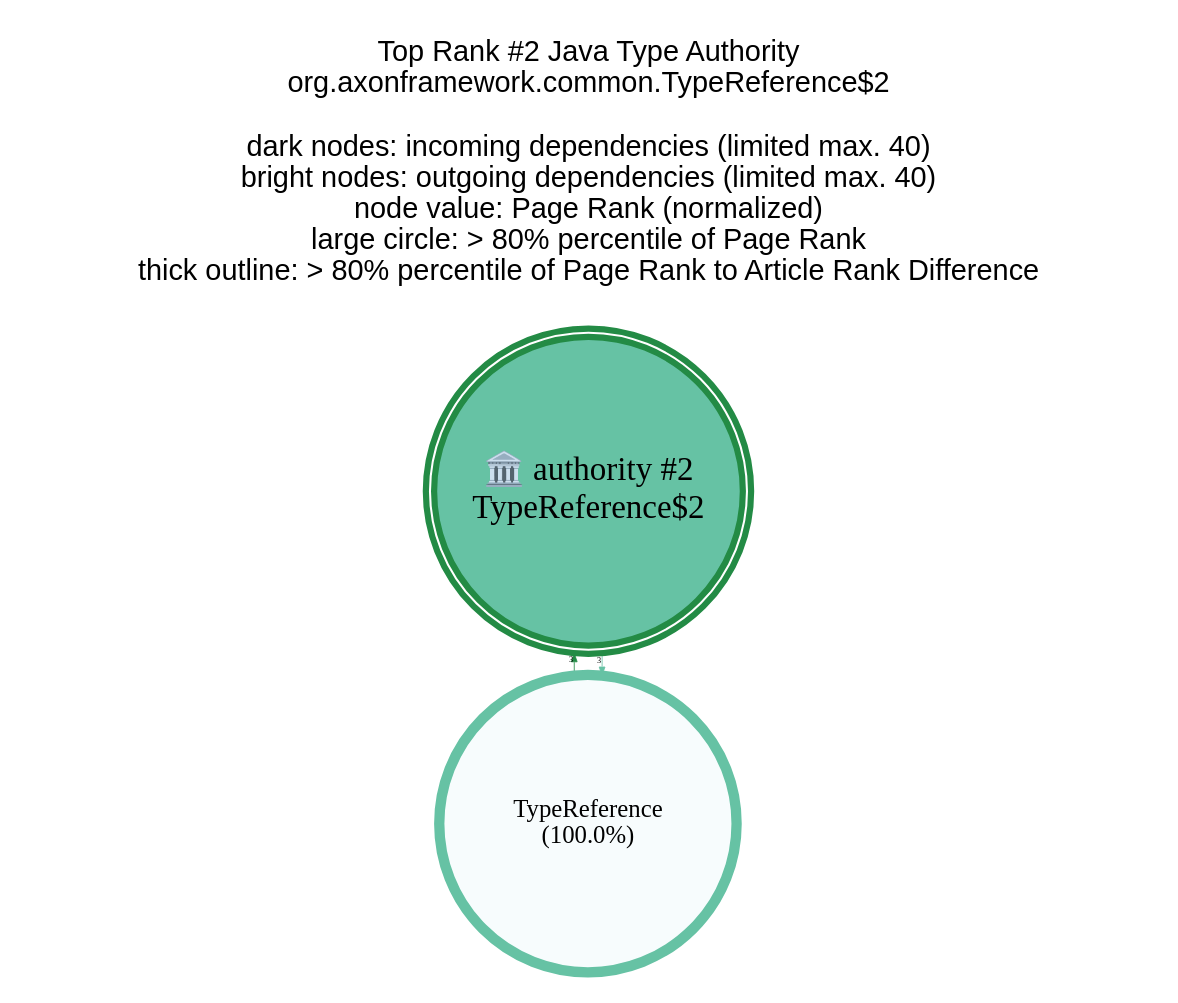
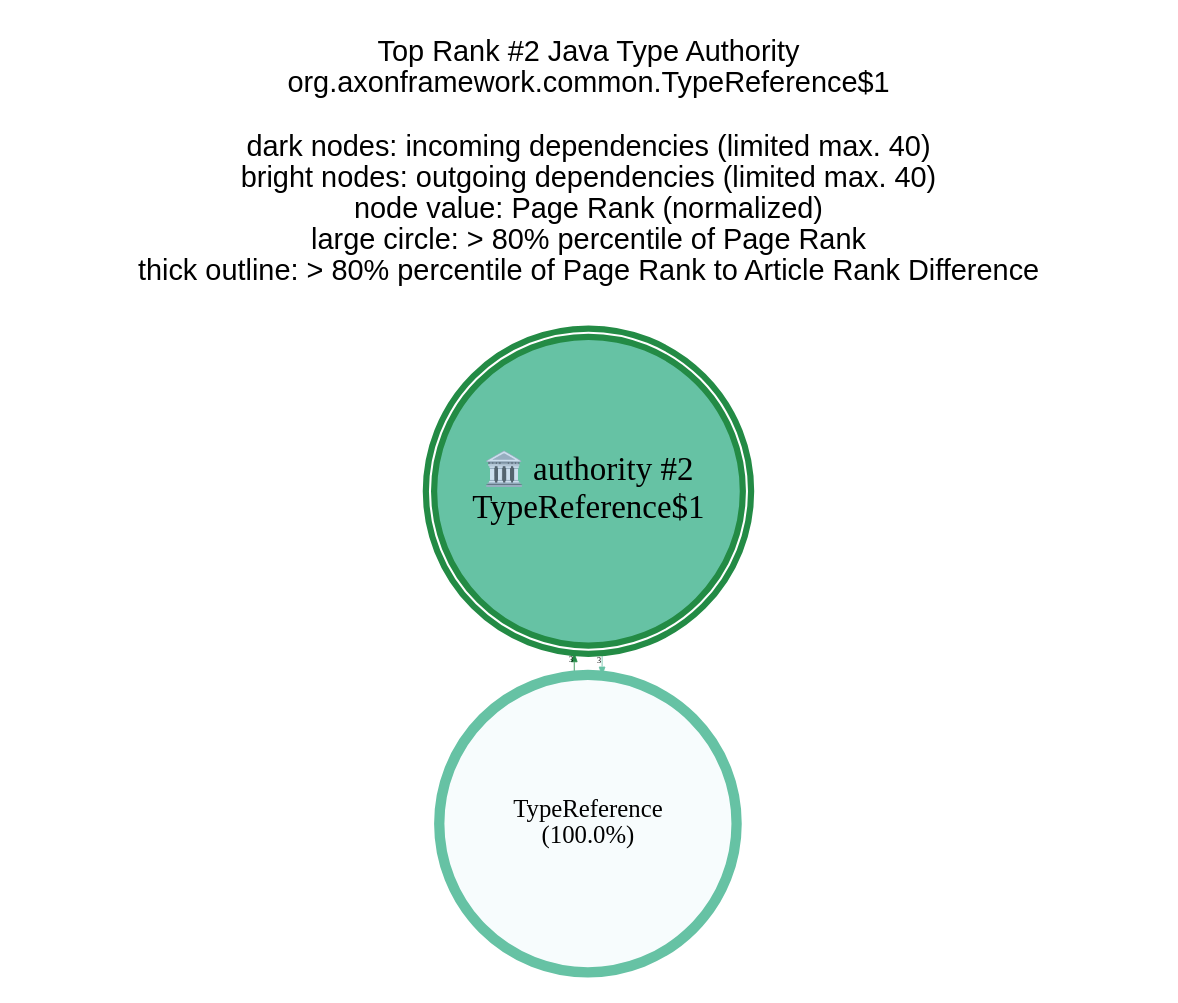
The diagram in analysis-results/AxonFramework/AxonFramework-5.0.0/anomaly-detection/Java_Type/GraphVisualizations/graphviz/TopAuthority2.gv (JohT/code-graph-analysis-examples), drawn with Graphviz before and after one commit. The commit also changed 839 other files, not shown here.

```diff
--- a/analysis-results/AxonFramework/AxonFramework-5.0.0/anomaly-detection/Java_Type/GraphVisualizations/graphviz/TopAuthority2.gv
+++ b/analysis-results/AxonFramework/AxonFramework-5.0.0/anomaly-detection/Java_Type/GraphVisualizations/graphviz/TopAuthority2.gv
@@ -1,19 +1,19 @@
 // This GraphViz dot file was generated by the script convertQueryResultCsvToGraphVizDotFile.sh with TopCentral.template
 
 strict digraph TopAuthority2 {
     graph [layout = "fdp"; start = "7"; splines = "spline"; pad = "0.8,0.1"; outputorder = "edgesfirst";];
     graph [fontname = "Helvetica,Arial,sans-serif"; labelloc = "t";];
     node [colorscheme = "bugn9"; color = 6; fillcolor = 3;];
     edge [colorscheme = "bugn9"; color = 7;];
     node [fontsize = 12; style = "filled"; margin = "0.03,0.03"; width="1.3"; height="0.9";];
     edge [fontsize = 4; arrowsize = "0.4";];
 
     central [shape = "doublecircle"; height = "2.0"; margin = "0.000001,0.000001";];
     central [fontsize = 16;];
     central [color = 7; fillcolor = 5; penwidth = 3;];
 
-	graph   [label="Top Rank #2 Java Type Authority\norg.axonframework.common.TypeReference$2\n\ndark nodes: incoming dependencies (limited max. 40)\nbright nodes: outgoing dependencies (limited max. 40)\nnode value: Page Rank (normalized)\nlarge circle: > 80% percentile of Page Rank\nthick outline: > 80% percentile of Page Rank to Article Rank Difference\n\n"];
-	central [label="🏛️ authority #2\nTypeReference$2"];
-	"TypeReference_6202"  [shape = "circle"; height=2; label = "TypeReference\n(100.0%)"; penwidth = 5; ]; "TypeReference_6202" -> central [label=3; weight=3; penwidth=0.4];
-	"TypeReference_6202"  [shape = "circle"; height=2; label = "TypeReference\n(100.0%)"; penwidth = 5; color = 5; fillcolor = 1; ]; central -> "TypeReference_6202" [label=3; weight=3; penwidth=0.4; color = 5];
+	graph   [label="Top Rank #2 Java Type Authority\norg.axonframework.common.TypeReference$1\n\ndark nodes: incoming dependencies (limited max. 40)\nbright nodes: outgoing dependencies (limited max. 40)\nnode value: Page Rank (normalized)\nlarge circle: > 80% percentile of Page Rank\nthick outline: > 80% percentile of Page Rank to Article Rank Difference\n\n"];
+	central [label="🏛️ authority #2\nTypeReference$1"];
+	"TypeReference_5949"  [shape = "circle"; height=2; label = "TypeReference\n(100.0%)"; penwidth = 5; ]; "TypeReference_5949" -> central [label=3; weight=3; penwidth=0.4];
+	"TypeReference_5949"  [shape = "circle"; height=2; label = "TypeReference\n(100.0%)"; penwidth = 5; color = 5; fillcolor = 1; ]; central -> "TypeReference_5949" [label=3; weight=3; penwidth=0.4; color = 5];
 }
```
